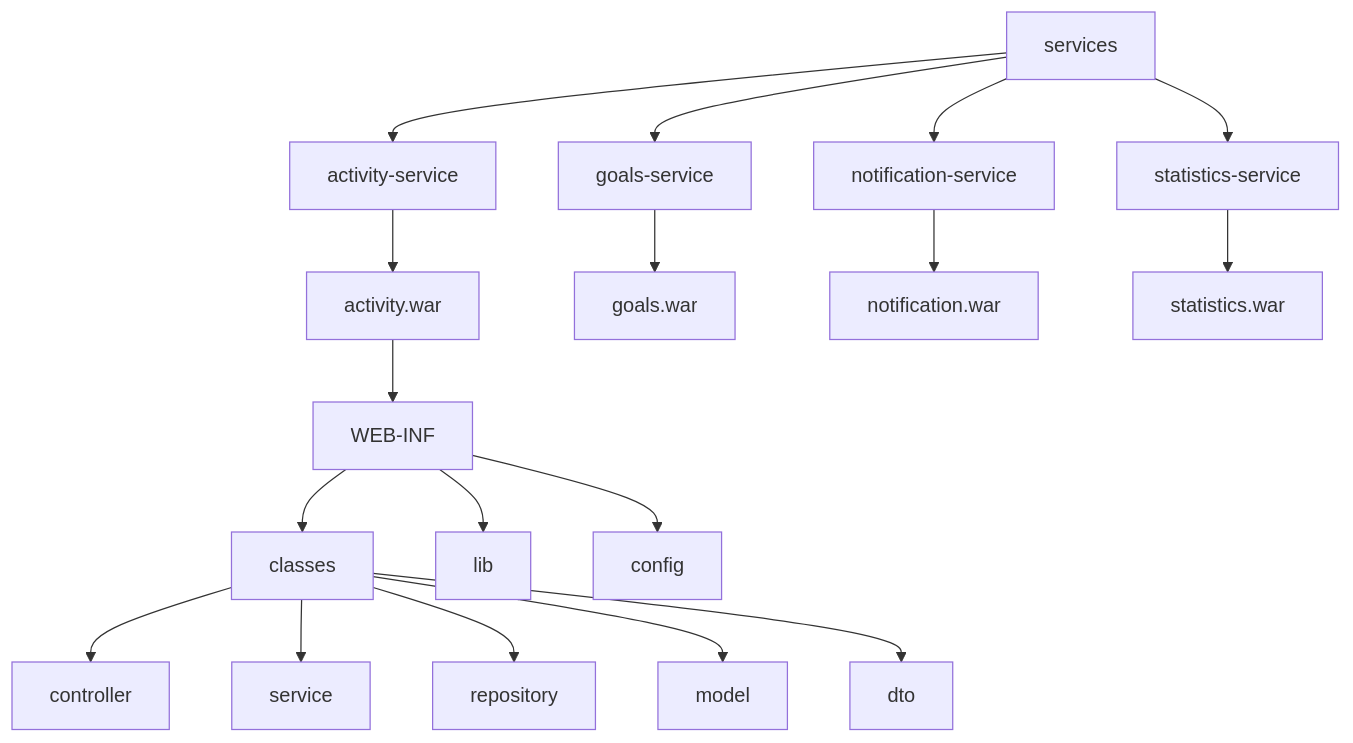
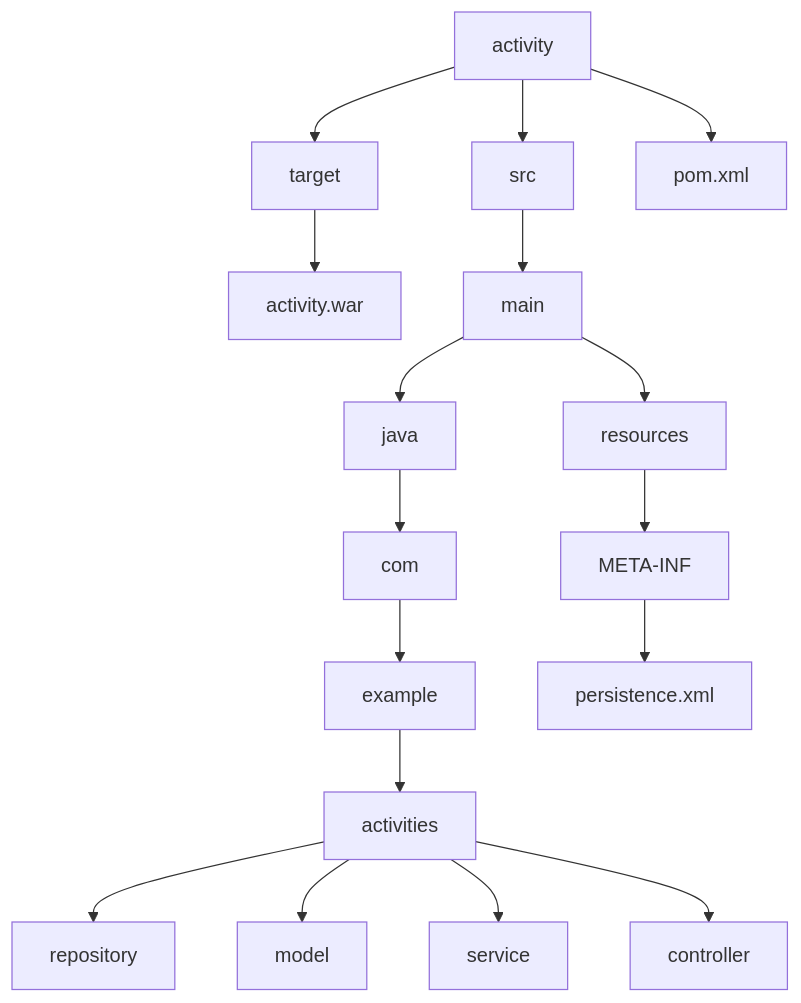
The third of 13 diagrams in conception/ArchitectureTechnique.md (marouaneaka/gofit), drawn with Mermaid before and after one commit. The commit also changed other lines of this file, not shown here.

````diff
--- a/conception/ArchitectureTechnique.md
+++ b/conception/ArchitectureTechnique.md
@@ -94,24 +63,19 @@
 ```mermaid
 graph TD
-    services[services]
-    services --> activity[activity-service]
-    services --> goals[goals-service]
-    services --> notification[notification-service]
-    services --> statistics[statistics-service]
-    
-    activity --> activityWar[activity.war]
-    goals --> goalsWar[goals.war]
-    notification --> notifWar[notification.war]
-    statistics --> aggWar[statistics.war]
-    
-    activityWar --> activityWebInf[WEB-INF]
-    activityWebInf --> activityClasses[classes]
-    activityWebInf --> activityLib[lib]
-    activityWebInf --> activityConfig[config]
-    
-    activityClasses --> controller[controller]
-    activityClasses --> service[service]
-    activityClasses --> repository[repository]
-    activityClasses --> model[model]
-    activityClasses --> dto[dto]
+    A[activity] --> B[target]
+    B --> C[activity.war]
+    A --> D[src]
+    D --> E[main]
+    E --> F[java]
+    F --> G[com]
+    G --> H[example]
+    H --> I[activities]
+    I --> J[repository]
+    I --> K[model]
+    I --> L[service]
+    I --> M[controller]
+    E --> N[resources]
+    N --> O[META-INF]
+    O --> P[persistence.xml]
+    A --> Q[pom.xml]
 ```
````
